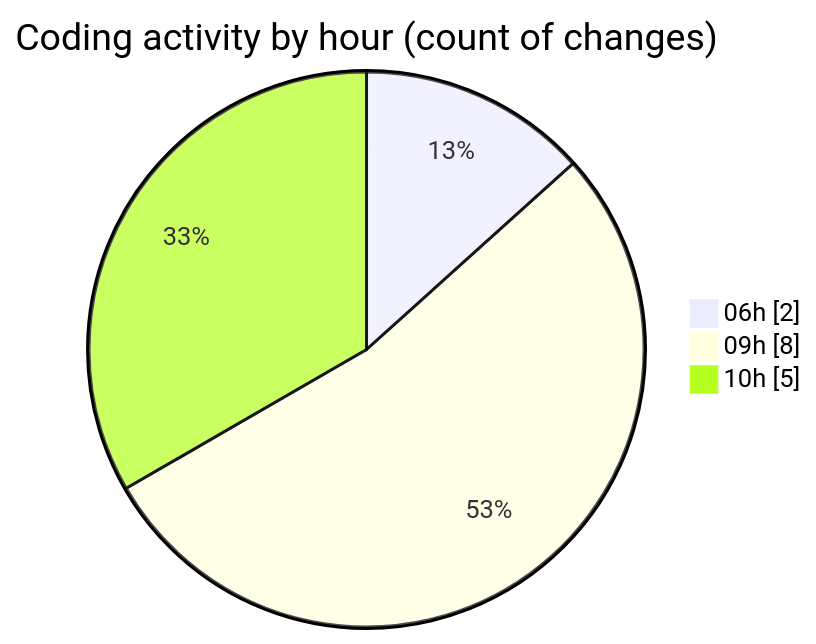
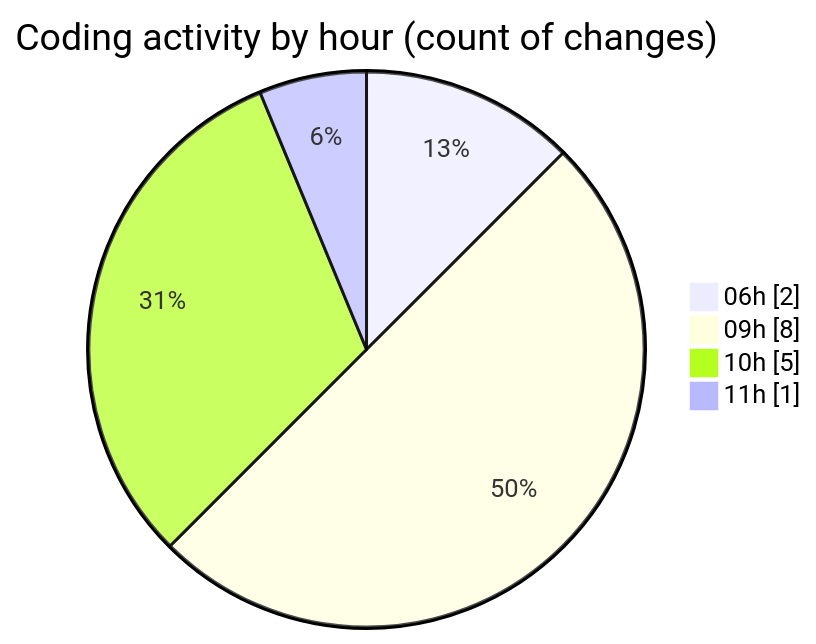
One commit to jadenblack/code-tracking changed the second of 2 diagrams in 2026-02-24/workbench__workspace_/README.md. Above: the diagram before and after it, drawn with Mermaid. The commit also changed other lines of this file and 1 other file, not shown here.

````diff
--- a/2026-02-24/workbench__workspace_/README.md
+++ b/2026-02-24/workbench__workspace_/README.md
@@ -32,7 +32,8 @@
 ```mermaid
 pie showData
 title Coding activity by hour (count of changes)
 "06h" : 2
 "09h" : 8
 "10h" : 5
+"11h" : 1
 ```
````
